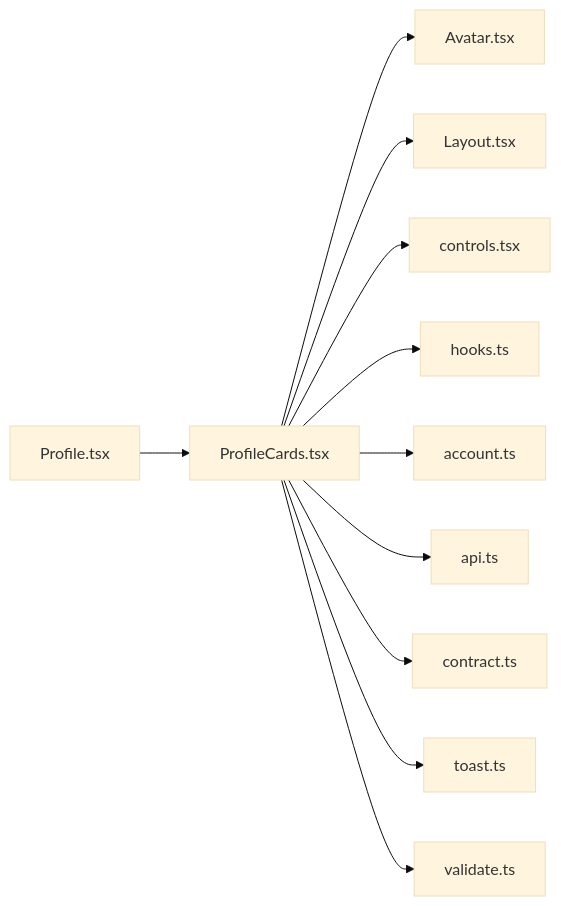
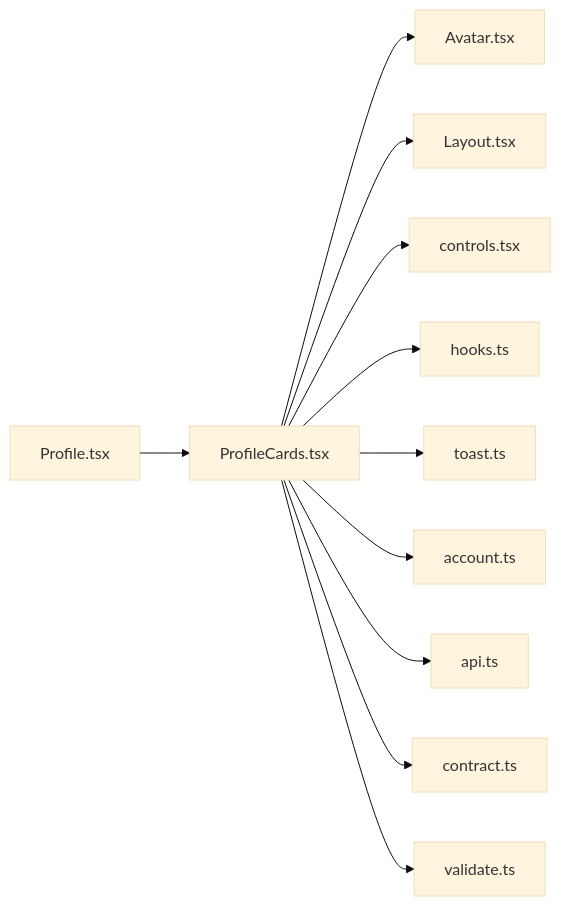
The diagram in .cluedoc/graph/frontend/src/routes/ProfileCards.md (minkong-dev/Banblit), drawn with Mermaid (base theme) before and after one commit. The commit also changed other lines of this file and 47 other files, not shown here.

Commit message:
frontend: move toast into components

````diff
--- a/.cluedoc/graph/frontend/src/routes/ProfileCards.md
+++ b/.cluedoc/graph/frontend/src/routes/ProfileCards.md
@@ -10,14 +10,14 @@
 ```mermaid
 flowchart LR
   frontend_src_routes_ProfileCards["ProfileCards.tsx"]
   frontend_src_routes_ProfileCards --> frontend_src_components_Avatar["Avatar.tsx"]
   frontend_src_routes_ProfileCards --> frontend_src_components_Layout["Layout.tsx"]
   frontend_src_routes_ProfileCards --> frontend_src_components_controls["controls.tsx"]
   frontend_src_routes_ProfileCards --> frontend_src_components_hooks["hooks.ts"]
+  frontend_src_routes_ProfileCards --> frontend_src_components_toast["toast.ts"]
   frontend_src_routes_ProfileCards --> frontend_src_lib_account["account.ts"]
   frontend_src_routes_ProfileCards --> frontend_src_lib_api["api.ts"]
   frontend_src_routes_ProfileCards --> frontend_src_lib_contract["contract.ts"]
-  frontend_src_routes_ProfileCards --> frontend_src_lib_toast["toast.ts"]
   frontend_src_routes_ProfileCards --> frontend_src_lib_validate["validate.ts"]
   frontend_src_routes_Profile["Profile.tsx"] --> frontend_src_routes_ProfileCards
 ```
````
